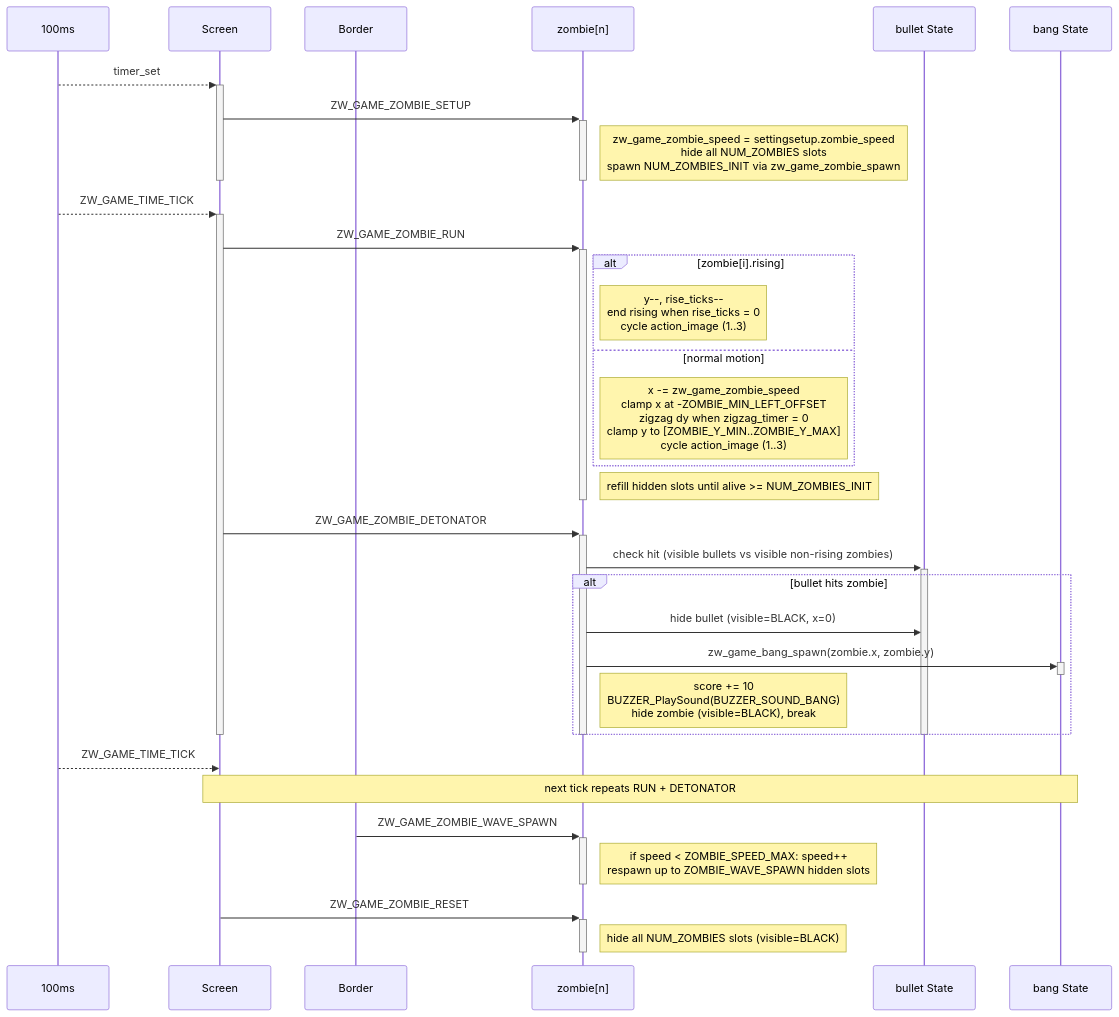
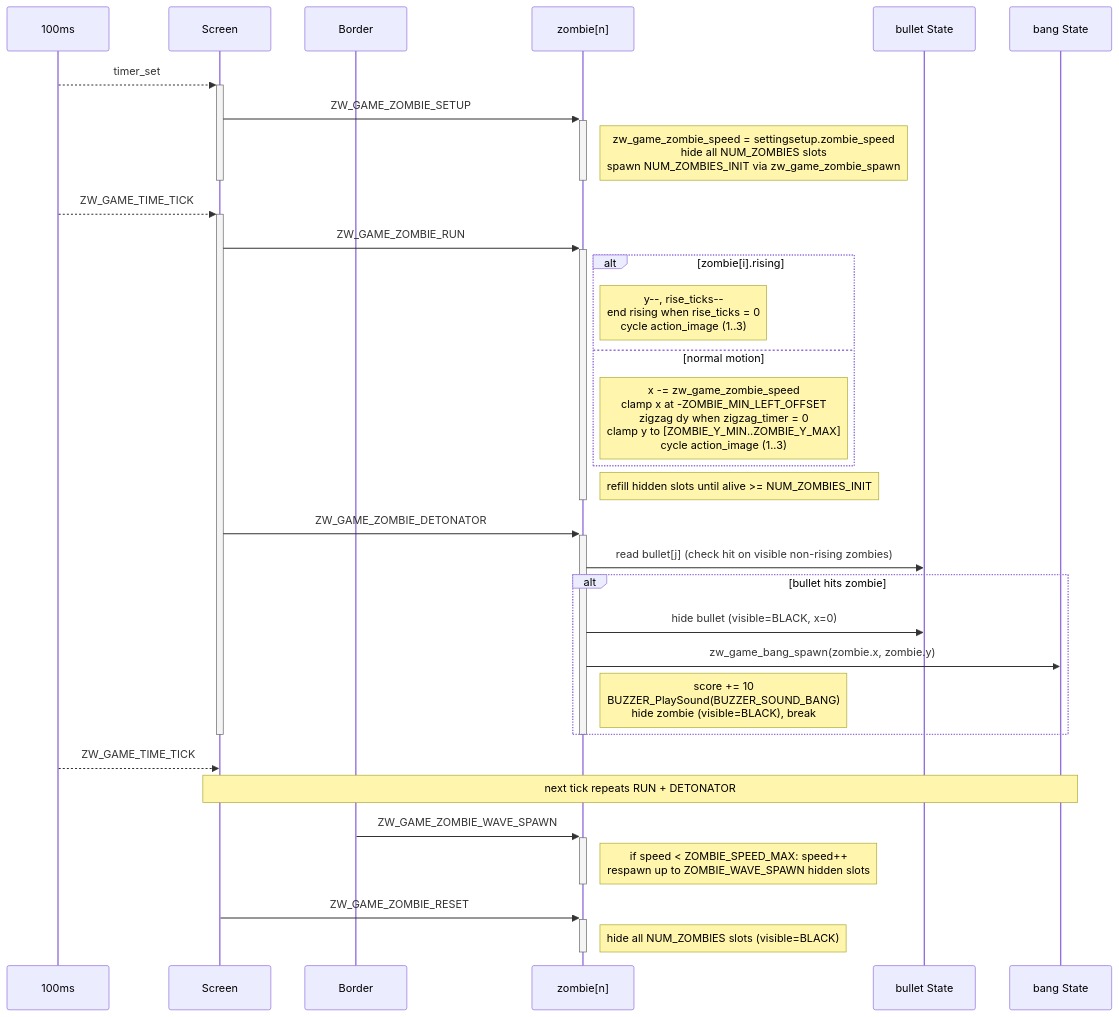
One commit to caotrongphuoc/mini-clock changed the diagram in docs/object_sequence.md. Above: the diagram before and after it, drawn with Mermaid.

Commit message:
[UPDATE] zombie's sequence

````diff
--- a/docs/object_sequence.md
+++ b/docs/object_sequence.md
@@ -45,48 +45,46 @@
 ```mermaid
 sequenceDiagram
     participant Timer as 100ms
     participant Screen
     participant Border
     participant Zombie as zombie[n]
     participant Bullet as bullet State
     participant Bang as bang State
 
     Timer-->>+Screen: timer_set
     Screen->>+Zombie: ZW_GAME_ZOMBIE_SETUP
     Note right of Zombie: zw_game_zombie_speed = settingsetup.zombie_speed<br/>hide all NUM_ZOMBIES slots<br/>spawn NUM_ZOMBIES_INIT via zw_game_zombie_spawn
     deactivate Zombie
     deactivate Screen
 
     Timer-->>+Screen: ZW_GAME_TIME_TICK
     Screen->>+Zombie: ZW_GAME_ZOMBIE_RUN
     alt zombie[i].rising
         Note right of Zombie: y--, rise_ticks--<br/>end rising when rise_ticks = 0<br/>cycle action_image (1..3)
     else normal motion
         Note right of Zombie: x -= zw_game_zombie_speed<br/>clamp x at -ZOMBIE_MIN_LEFT_OFFSET<br/>zigzag dy when zigzag_timer = 0<br/>clamp y to [ZOMBIE_Y_MIN..ZOMBIE_Y_MAX]<br/>cycle action_image (1..3)
     end
     Note right of Zombie: refill hidden slots until alive >= NUM_ZOMBIES_INIT
     deactivate Zombie
 
     Screen->>+Zombie: ZW_GAME_ZOMBIE_DETONATOR
-    Zombie->>+Bullet: check hit (visible bullets vs visible non-rising zombies)
+    Zombie->>Bullet: read bullet[j] (check hit on visible non-rising zombies)
     alt bullet hits zombie
         Zombie->>Bullet: hide bullet (visible=BLACK, x=0)
-        Zombie->>+Bang: zw_game_bang_spawn(zombie.x, zombie.y)
-        deactivate Bang
+        Zombie->>Bang: zw_game_bang_spawn(zombie.x, zombie.y)
         Note right of Zombie: score += 10<br/>BUZZER_PlaySound(BUZZER_SOUND_BANG)<br/>hide zombie (visible=BLACK), break
     end
-    deactivate Bullet
     deactivate Zombie
     deactivate Screen
 
     Timer-->>Screen: ZW_GAME_TIME_TICK
     Note over Screen,Bang: next tick repeats RUN + DETONATOR
 
     Border->>+Zombie: ZW_GAME_ZOMBIE_WAVE_SPAWN
     Note right of Zombie: if speed < ZOMBIE_SPEED_MAX: speed++<br/>respawn up to ZOMBIE_WAVE_SPAWN hidden slots
     deactivate Zombie
 
     Screen->>+Zombie: ZW_GAME_ZOMBIE_RESET
     Note right of Zombie: hide all NUM_ZOMBIES slots (visible=BLACK)
     deactivate Zombie
 ```
````
